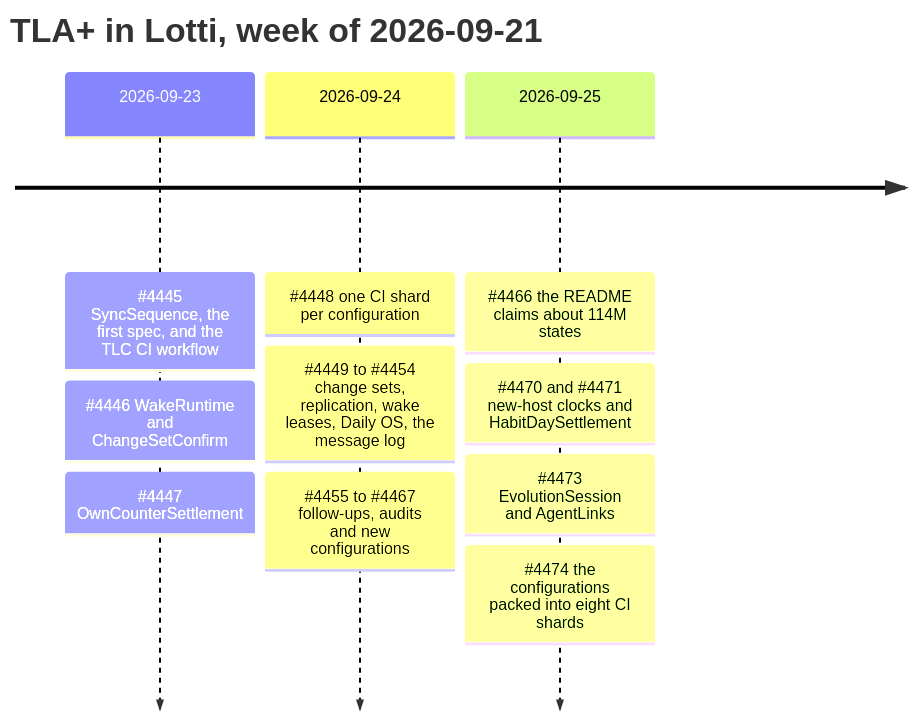
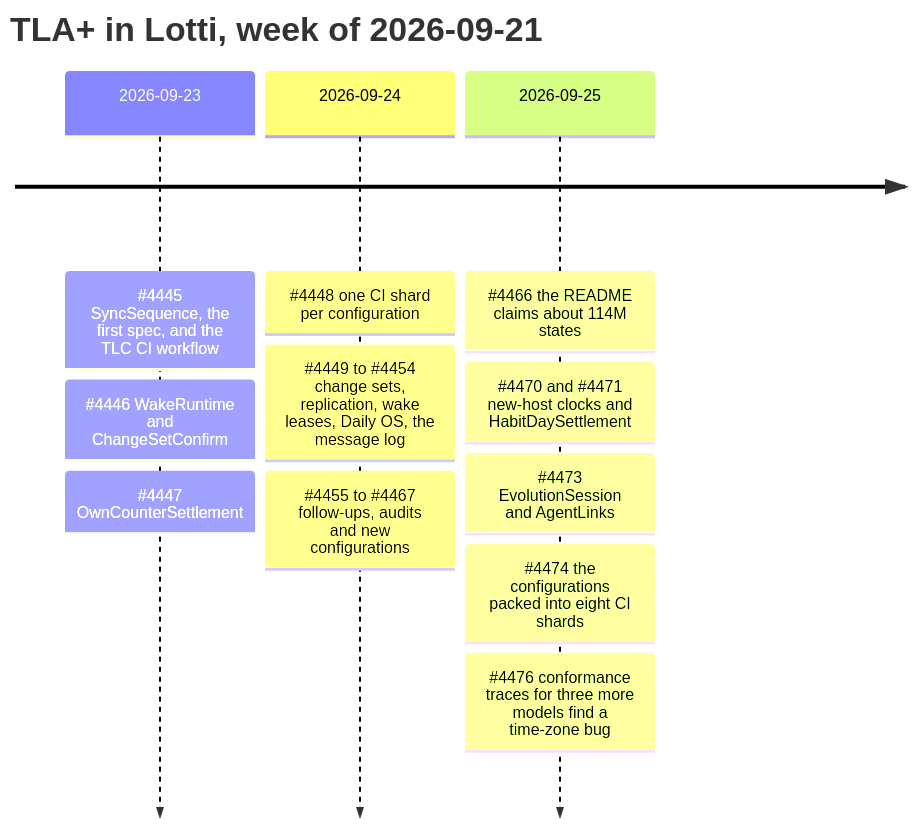
Before and after one commit to matthiasn/lotti: the diagram in specs/tla/LEDGER.md, drawn with Mermaid. The commit also changed other lines of this file, not shown here.

````diff
--- a/specs/tla/LEDGER.md
+++ b/specs/tla/LEDGER.md
@@ -51,14 +51,15 @@
 ```mermaid
 timeline
     title TLA+ in Lotti, week of 2026-09-21
     2026-09-23 : #4445 SyncSequence, the first spec, and the TLC CI workflow
                : #4446 WakeRuntime and ChangeSetConfirm
                : #4447 OwnCounterSettlement
     2026-09-24 : #4448 one CI shard per configuration
                : #4449 to #4454 change sets, replication, wake leases, Daily OS, the message log
                : #4455 to #4467 follow-ups, audits and new configurations
     2026-09-25 : #4466 the README claims about 114M states
                : #4470 and #4471 new-host clocks and HabitDaySettlement
                : #4473 EvolutionSession and AgentLinks
                : #4474 the configurations packed into eight CI shards
+               : #4476 conformance traces for three more models find a time-zone bug
 ```
````
